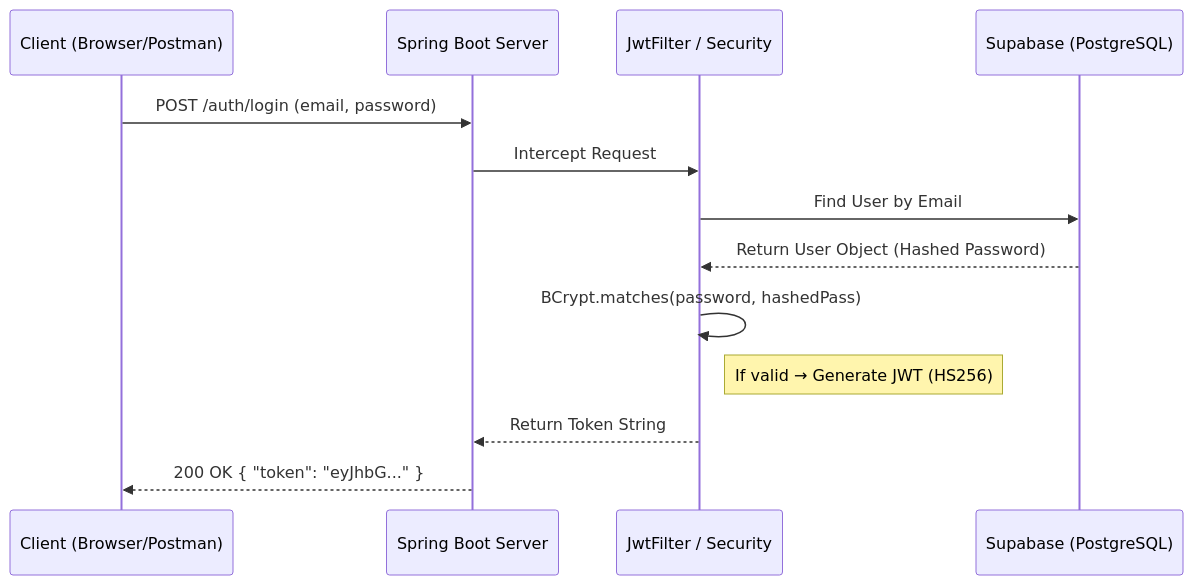
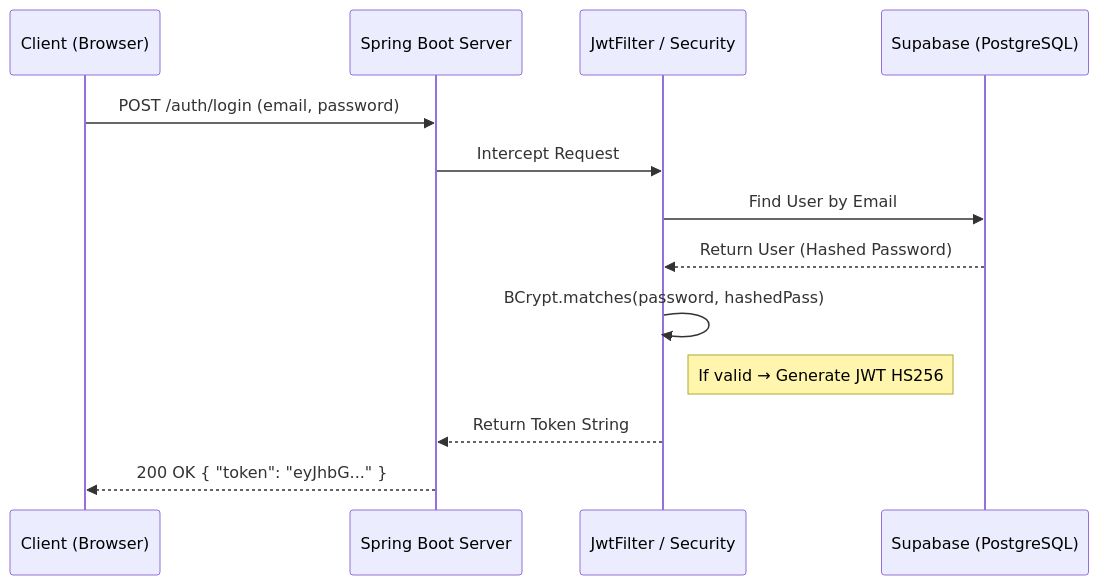
The tenth of 19 diagrams in README.Md (KARTHIKAKRISHNA123/todoist), drawn with Mermaid before and after one commit. The commit also changed other lines of this file, not shown here.

````diff
--- a/README.Md
+++ b/README.Md
@@ -508,16 +504,16 @@
 ```mermaid
 sequenceDiagram
-    participant User as Client (Browser/Postman)
+    participant User as Client (Browser)
     participant API as Spring Boot Server
     participant Filter as JwtFilter / Security
     participant DB as Supabase (PostgreSQL)
 
     User->>API: POST /auth/login (email, password)
     API->>Filter: Intercept Request
     Filter->>DB: Find User by Email
-    DB-->>Filter: Return User Object (Hashed Password)
+    DB-->>Filter: Return User (Hashed Password)
     Filter->>Filter: BCrypt.matches(password, hashedPass)
-    Note right of Filter: If valid → Generate JWT (HS256)
+    Note right of Filter: If valid → Generate JWT HS256
     Filter-->>API: Return Token String
     API-->>User: 200 OK { "token": "eyJhbG..." }
 ```
````
